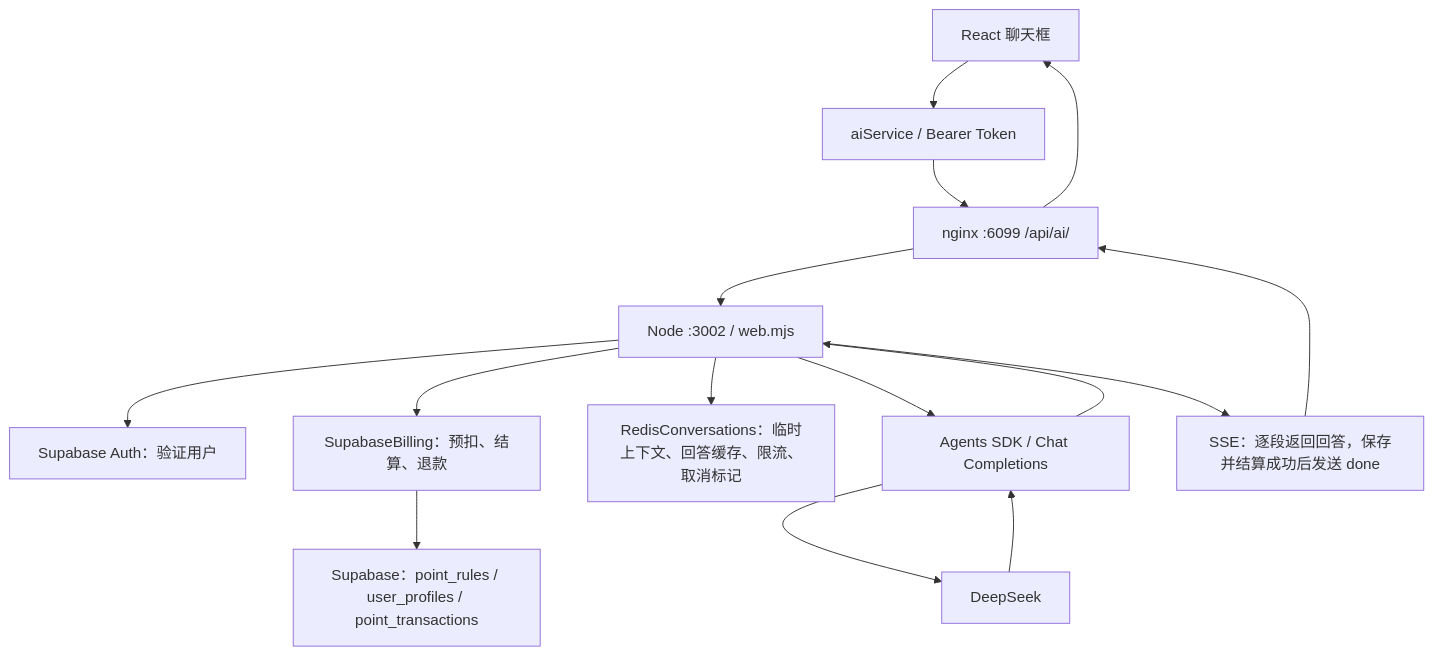
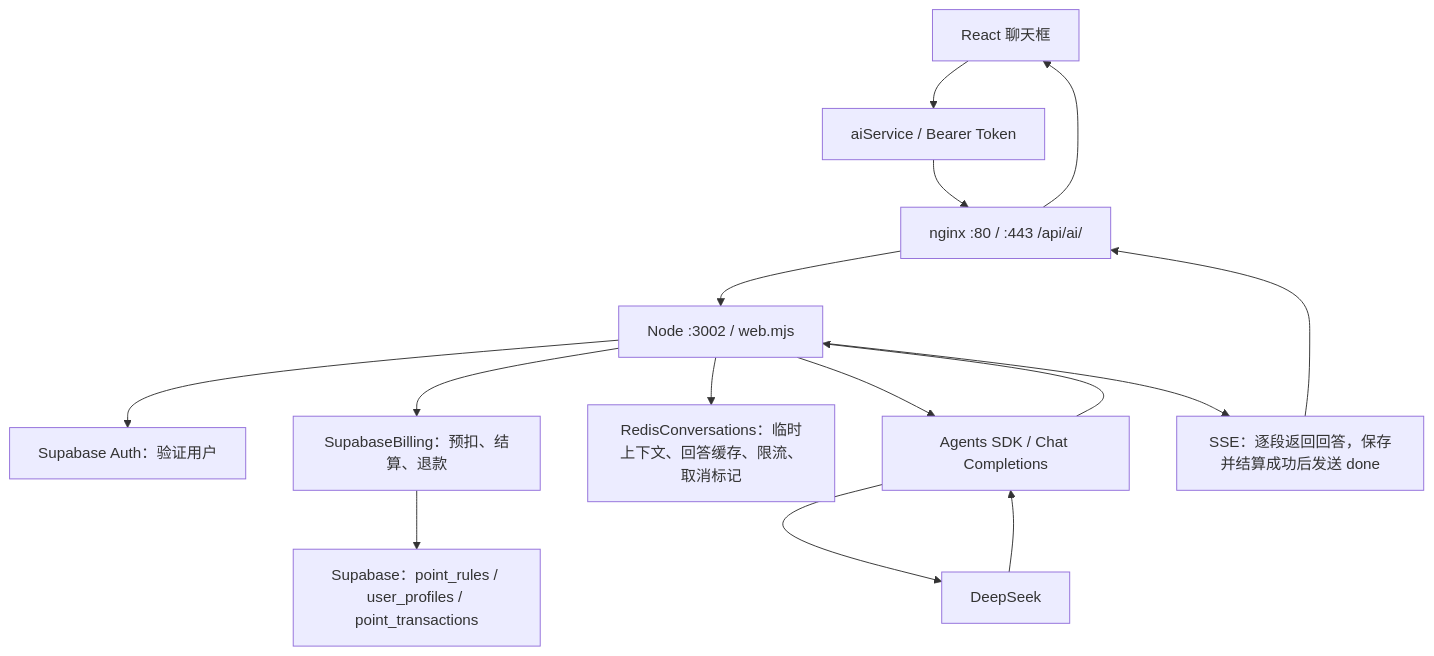
One commit to terribde/huoshui3.0 changed the diagram in docs/ai-agent-development.md. Above: the diagram before and after it, drawn with Mermaid. The commit also changed other lines of this file and 30 other files, not shown here.

````diff
--- a/docs/ai-agent-development.md
+++ b/docs/ai-agent-development.md
@@ -15,17 +15,17 @@
 ```mermaid
 graph TD
     UI["React 聊天框"] --> Client["aiService / Bearer Token"]
-    Client --> Nginx["nginx :6099 /api/ai/"]
+    Client --> Nginx["nginx :80 / :443 /api/ai/"]
     Nginx --> Web["Node :3002 / web.mjs"]
     Web --> Auth["Supabase Auth：验证用户"]
     Web --> Billing["SupabaseBilling：预扣、结算、退款"]
     Billing --> DB["Supabase：point_rules / user_profiles / point_transactions"]
     Web --> Cache["RedisConversations：临时上下文、回答缓存、限流、取消标记"]
     Web --> Agent["Agents SDK / Chat Completions"]
     Agent --> Model["DeepSeek"]
     Model --> Agent
     Agent --> Web
     Web --> SSE["SSE：逐段返回回答，保存并结算成功后发送 done"]
     SSE --> Nginx
     Nginx --> UI
 ```
````
